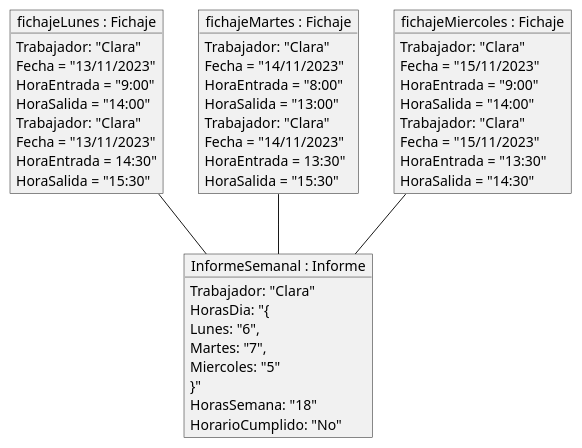
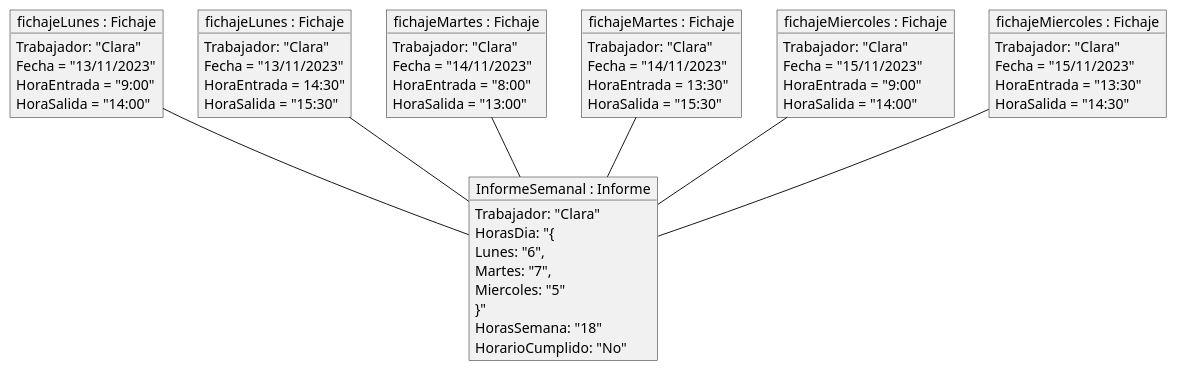
One commit to mmasias/23-24-IdSw1-SDR changed the diagram in modelosUML/diagramasObjetos/diagramaObjetos002.puml. Above: the diagram before and after it, drawn with PlantUML.

Commit message:
Update diagramaObjetos002.puml
mejora del diagrama de objetos002

```diff
--- a/modelosUML/diagramasObjetos/diagramaObjetos002.puml
+++ b/modelosUML/diagramasObjetos/diagramaObjetos002.puml
@@ -1,55 +1,58 @@
 @startuml
 
-object "fichajeLunes : Fichaje" as FichajeLunes {
+object "fichajeLunes : Fichaje" as FichajeLunes1 {
     Trabajador: "Clara"
     Fecha = "13/11/2023"
     HoraEntrada = "9:00"
     HoraSalida = "14:00"
 }
-object "fichajeLunes : Fichaje" as FichajeLunes {
+object "fichajeLunes : Fichaje" as FichajeLunes2 {
     Trabajador: "Clara"
     Fecha = "13/11/2023"
     HoraEntrada = 14:30"
     HoraSalida = "15:30"
 }
-object "fichajeMartes : Fichaje" as FichajeMartes {
+object "fichajeMartes : Fichaje" as FichajeMartes1 {
     Trabajador: "Clara"
     Fecha = "14/11/2023"
     HoraEntrada = "8:00"
     HoraSalida = "13:00"
 }
-object "fichajeMartes : Fichaje" as FichajeMartes {
+object "fichajeMartes : Fichaje" as FichajeMartes2 {
     Trabajador: "Clara"
     Fecha = "14/11/2023"
     HoraEntrada = 13:30"
     HoraSalida = "15:30"
 }
-object "fichajeMiercoles : Fichaje" as FichajeMiercoles {
+object "fichajeMiercoles : Fichaje" as FichajeMiercoles1 {
     Trabajador: "Clara"
     Fecha = "15/11/2023"
     HoraEntrada = "9:00"
     HoraSalida = "14:00"
 }
-object "fichajeMiercoles : Fichaje" as FichajeMiercoles {
+object "fichajeMiercoles : Fichaje" as FichajeMiercoles2 {
     Trabajador: "Clara"
     Fecha = "15/11/2023"
     HoraEntrada = "13:30"
     HoraSalida = "14:30"
 }
 object "InformeSemanal : Informe" as InformeSemanal {
     Trabajador: "Clara"
     HorasDia: "{
         Lunes: "6",
         Martes: "7",
         Miercoles: "5"
     }"
     HorasSemana: "18"
     HorarioCumplido: "No"
 
 }
 
-FichajeLunes -- InformeSemanal
-FichajeMartes -- InformeSemanal
-FichajeMiercoles -- InformeSemanal
+FichajeLunes1 -- InformeSemanal
+FichajeMartes1 -- InformeSemanal
+FichajeMiercoles1 -- InformeSemanal
+FichajeLunes2 -- InformeSemanal
+FichajeMartes2 -- InformeSemanal
+FichajeMiercoles2 -- InformeSemanal
 
 @enduml
```
